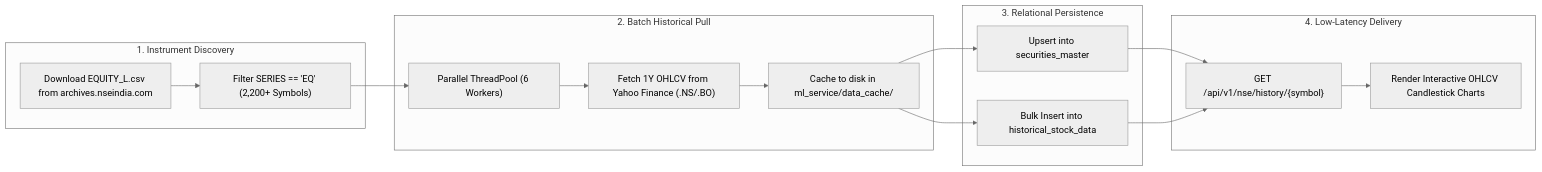
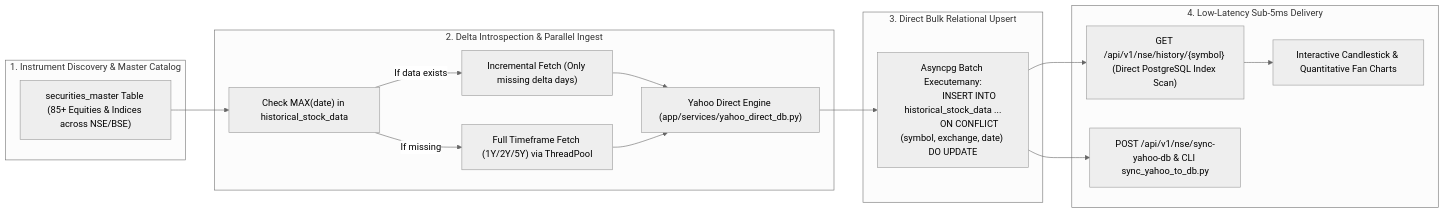
One commit to Sahityasahani1/Quantcopilot changed the sixth of 8 diagrams in flow.md. Above: the diagram before and after it, drawn with Mermaid (neutral theme). The commit also changed other lines of this file and 50 other files, not shown here.

````diff
--- a/flow.md
+++ b/flow.md
@@ -114,23 +280,25 @@
 ```mermaid
 flowchart LR
-    subgraph Step1 ["1. Instrument Discovery"]
-        A["Download EQUITY_L.csv from archives.nseindia.com"] --> B["Filter SERIES == 'EQ' (2,200+ Symbols)"]
+    subgraph Step1 ["1. Instrument Discovery & Master Catalog"]
+        A["securities_master Table (85+ Equities & Indices across NSE/BSE)"]
     end
 
-    subgraph Step2 ["2. Batch Historical Pull"]
-        B --> C["Parallel ThreadPool (6 Workers)"]
-        C --> D["Fetch 1Y OHLCV from Yahoo Finance (.NS/.BO)"]
-        D --> E["Cache to disk in ml_service/data_cache/"]
+    subgraph Step2 ["2. Delta Introspection & Parallel Ingest"]
+        A --> B["Check MAX(date) in historical_stock_data"]
+        B -->|If data exists| C["Incremental Fetch (Only missing delta days)"]
+        B -->|If missing| D["Full Timeframe Fetch (1Y/2Y/5Y) via ThreadPool"]
+        C & D --> E["Yahoo Direct Engine (app/services/yahoo_direct_db.py)"]
     end
 
-    subgraph Step3 ["3. Relational Persistence"]
-        E --> F["Upsert into securities_master"]
-        E --> G["Bulk Insert into historical_stock_data"]
+    subgraph Step3 ["3. Direct Bulk Relational Upsert"]
+        E --> F["Asyncpg Batch Executemany:
+               INSERT INTO historical_stock_data ...
+               ON CONFLICT (symbol, exchange, date) DO UPDATE"]
     end
 
-    subgraph Step4 ["4. Low-Latency Delivery"]
-        F --> H["GET /api/v1/nse/history/{symbol}"]
-        G --> H
-        H --> I["Render Interactive OHLCV Candlestick Charts"]
+    subgraph Step4 ["4. Low-Latency Sub-5ms Delivery"]
+        F --> G["GET /api/v1/nse/history/{symbol} (Direct PostgreSQL Index Scan)"]
+        F --> H["POST /api/v1/nse/sync-yahoo-db & CLI sync_yahoo_to_db.py"]
+        G --> I["Interactive Candlestick & Quantitative Fan Charts"]
     end
 ```
````
